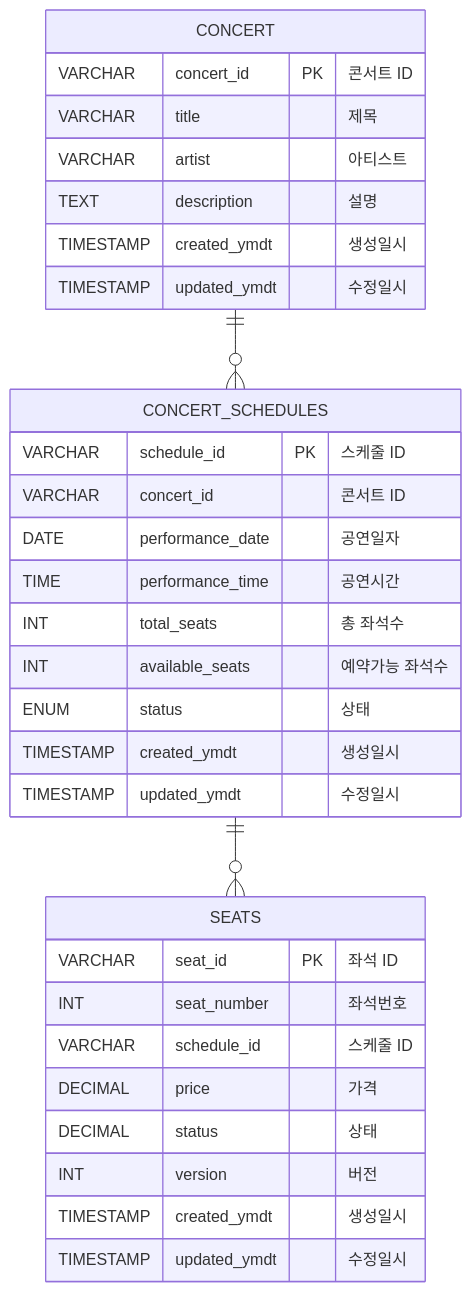
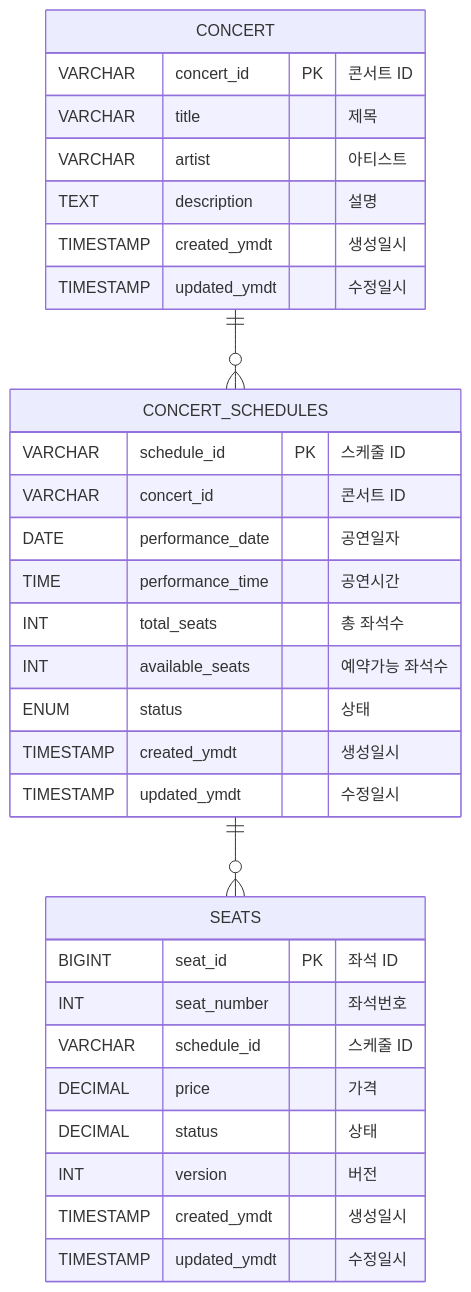
One commit to kimdoha/concert-system changed the second of 4 diagrams in docs/2. ERD_다이어그램.md. Above: the diagram before and after it, drawn with Mermaid. The commit also changed other lines of this file, not shown here.

Commit message:
docs: ERD 다이어그램 작성 (pk 수정)

````diff
--- a/docs/2. ERD_다이어그램.md
+++ b/docs/2. ERD_다이어그램.md
@@ -42,37 +42,37 @@
 ```mermaid
 erDiagram
     CONCERT {
         VARCHAR concert_id PK "콘서트 ID"
         VARCHAR title "제목"
         VARCHAR artist "아티스트"
         TEXT description "설명"
         TIMESTAMP created_ymdt "생성일시"
         TIMESTAMP updated_ymdt "수정일시"
     }
     
     CONCERT_SCHEDULES {
         VARCHAR schedule_id PK "스케줄 ID"
         VARCHAR concert_id "콘서트 ID"
         DATE performance_date "공연일자"
         TIME performance_time "공연시간"
         INT total_seats "총 좌석수"
         INT available_seats "예약가능 좌석수"
         ENUM status "상태"
         TIMESTAMP created_ymdt "생성일시"
         TIMESTAMP updated_ymdt "수정일시"
     }
     
     SEATS {
-        VARCHAR seat_id PK "좌석 ID"
+        BIGINT seat_id PK "좌석 ID"
         INT seat_number "좌석번호"
         VARCHAR schedule_id "스케줄 ID"
         DECIMAL price "가격"
         DECIMAL status "상태"
         INT version "버전"
         TIMESTAMP created_ymdt "생성일시"
         TIMESTAMP updated_ymdt "수정일시"
     }
     
     CONCERT ||--o{ CONCERT_SCHEDULES : ""
     CONCERT_SCHEDULES ||--o{ SEATS : ""
 ```
````
